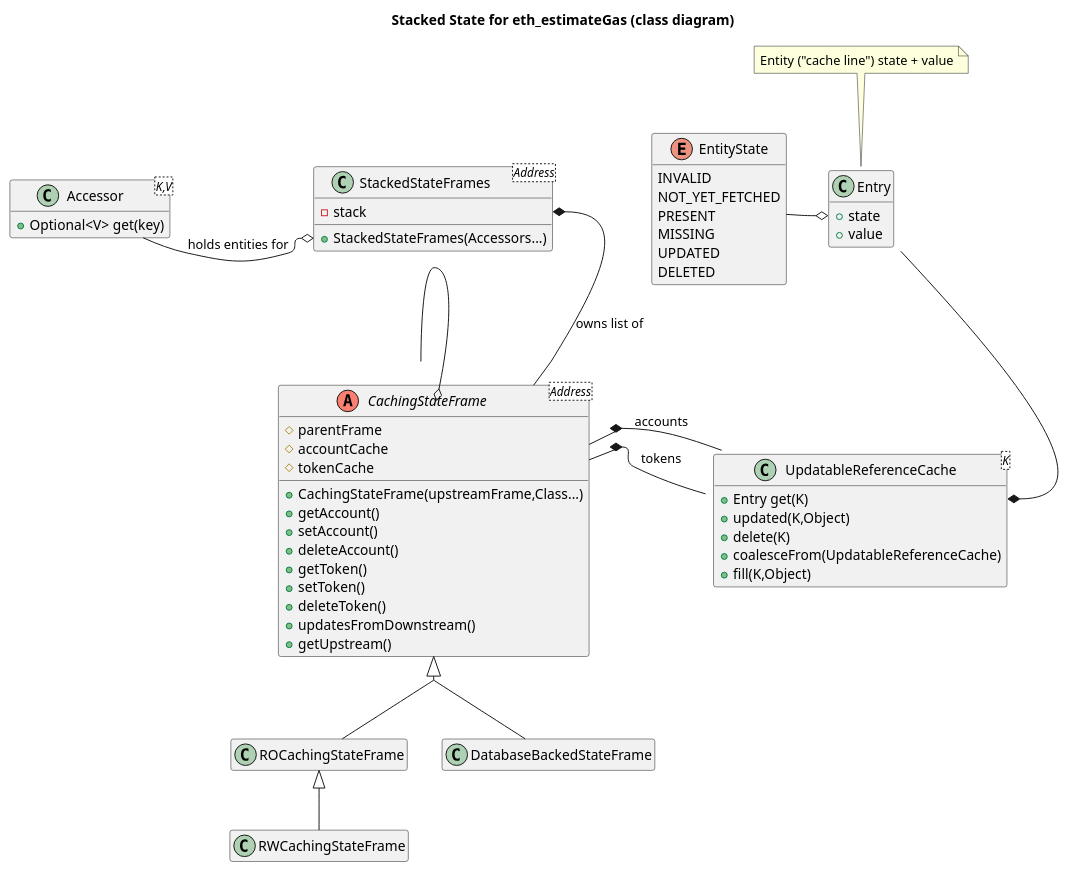
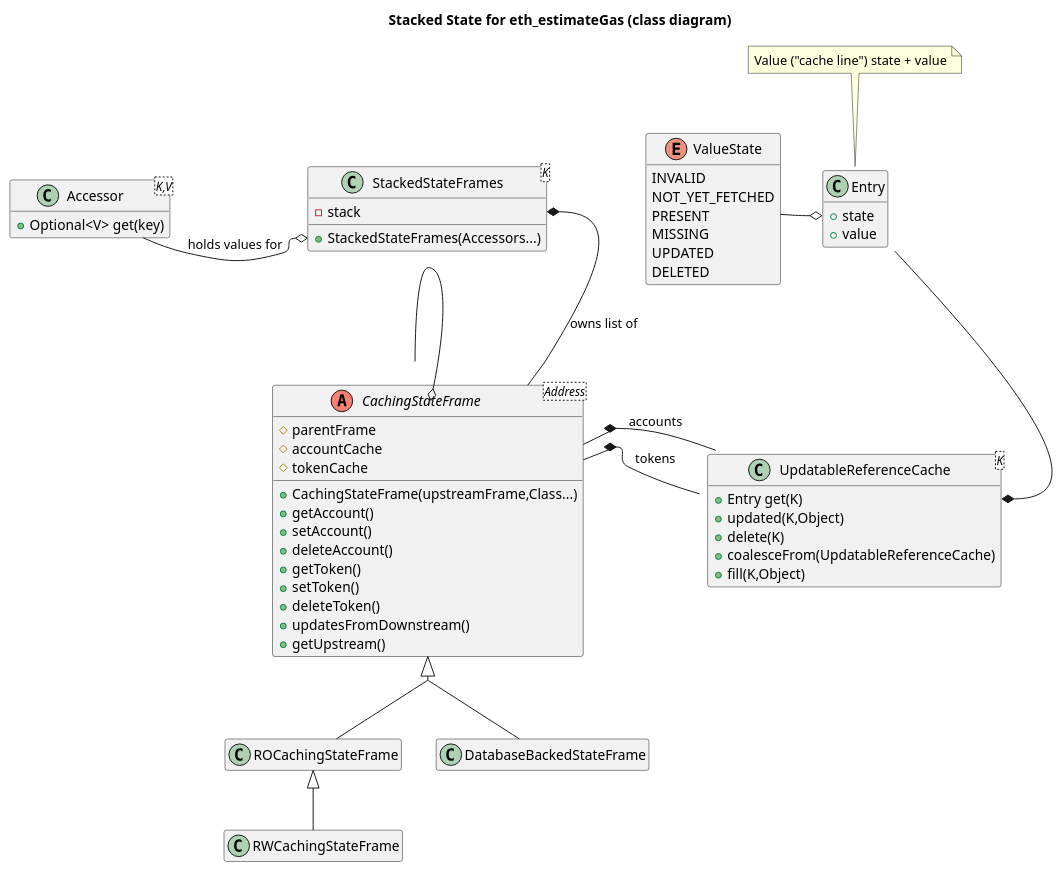
One commit to hashgraph/hedera-mirror-node changed the diagram in hedera-mirror-web3/src/main/java/com/hedera/mirror/web3/evm/store/hedera/docs/ClassDiagram-StackedStateFrames.puml. Above: the diagram before and after it, drawn with PlantUML. The commit also changed 14 other files, not shown here.

```diff
--- a/hedera-mirror-web3/src/main/java/com/hedera/mirror/web3/evm/store/hedera/docs/ClassDiagram-StackedStateFrames.puml
+++ b/hedera-mirror-web3/src/main/java/com/hedera/mirror/web3/evm/store/hedera/docs/ClassDiagram-StackedStateFrames.puml
@@ -1,65 +1,65 @@
 @startuml
 title Stacked State for eth_estimateGas (class diagram)
 hide empty members
 
-enum EntityState {
+enum ValueState {
   INVALID
   NOT_YET_FETCHED
   PRESENT
   MISSING
   UPDATED
   DELETED
 }
 
 class Entry {
    +state
    +value
 }
-note top of Entry: Entity ("cache line") state + value
+note top of Entry: Value ("cache line") state + value
 
 class UpdatableReferenceCache<K> {
   +Entry get(K)
   +updated(K,Object)
   +delete(K)
   +coalesceFrom(UpdatableReferenceCache)
   +fill(K,Object)
 }
 
 abstract CachingStateFrame<Address> <<(A,salmon)>> {
   #parentFrame
   #accountCache
   #tokenCache
   +CachingStateFrame(upstreamFrame,Class...)
   +getAccount()
   +setAccount()
   +deleteAccount()
   +getToken()
   +setToken()
   +deleteToken()
   +updatesFromDownstream()
   +getUpstream()
 }
 
 class Accessor<K,V> {
   +Optional<V> get(key)
 }
 
-class StackedStateFrames<Address> {
+class StackedStateFrames<K> {
   -stack
   +StackedStateFrames(Accessors...)
 }
 
-Entry::state o-left- EntityState
+Entry::state o-left- ValueState
 UpdatableReferenceCache::get *-up- Entry
 
 StackedStateFrames::stack *-- CachingStateFrame : owns list of
 CachingStateFrame::parentFrame o- CachingStateFrame
 CachingStateFrame::accountCache *- UpdatableReferenceCache : accounts
 CachingStateFrame::tokenCache *- UpdatableReferenceCache : tokens
 ROCachingStateFrame <|-- RWCachingStateFrame
 CachingStateFrame <|-- ROCachingStateFrame
 CachingStateFrame <|-- DatabaseBackedStateFrame
-StackedStateFrames::StackedStateFrames o-left- Accessor : holds entities for
+StackedStateFrames::StackedStateFrames o-left- Accessor : holds values for
 
 skinparam groupInheritance 2
 @enduml
```
